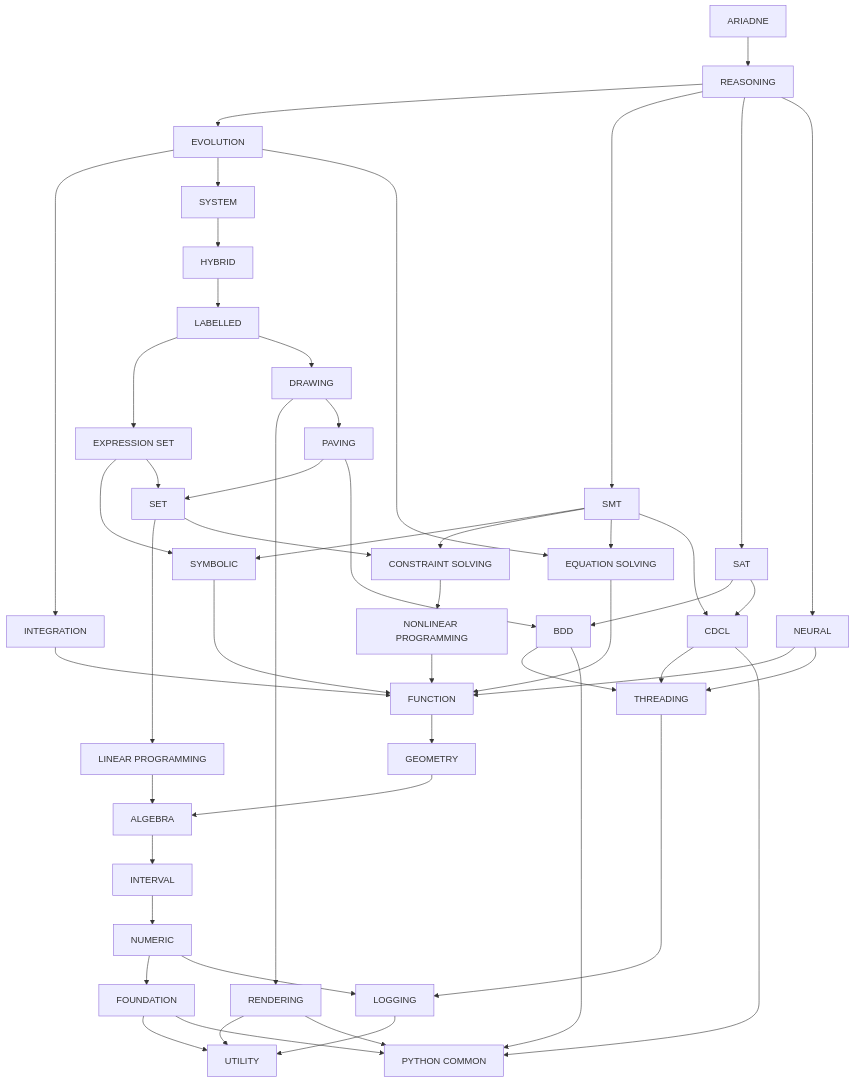
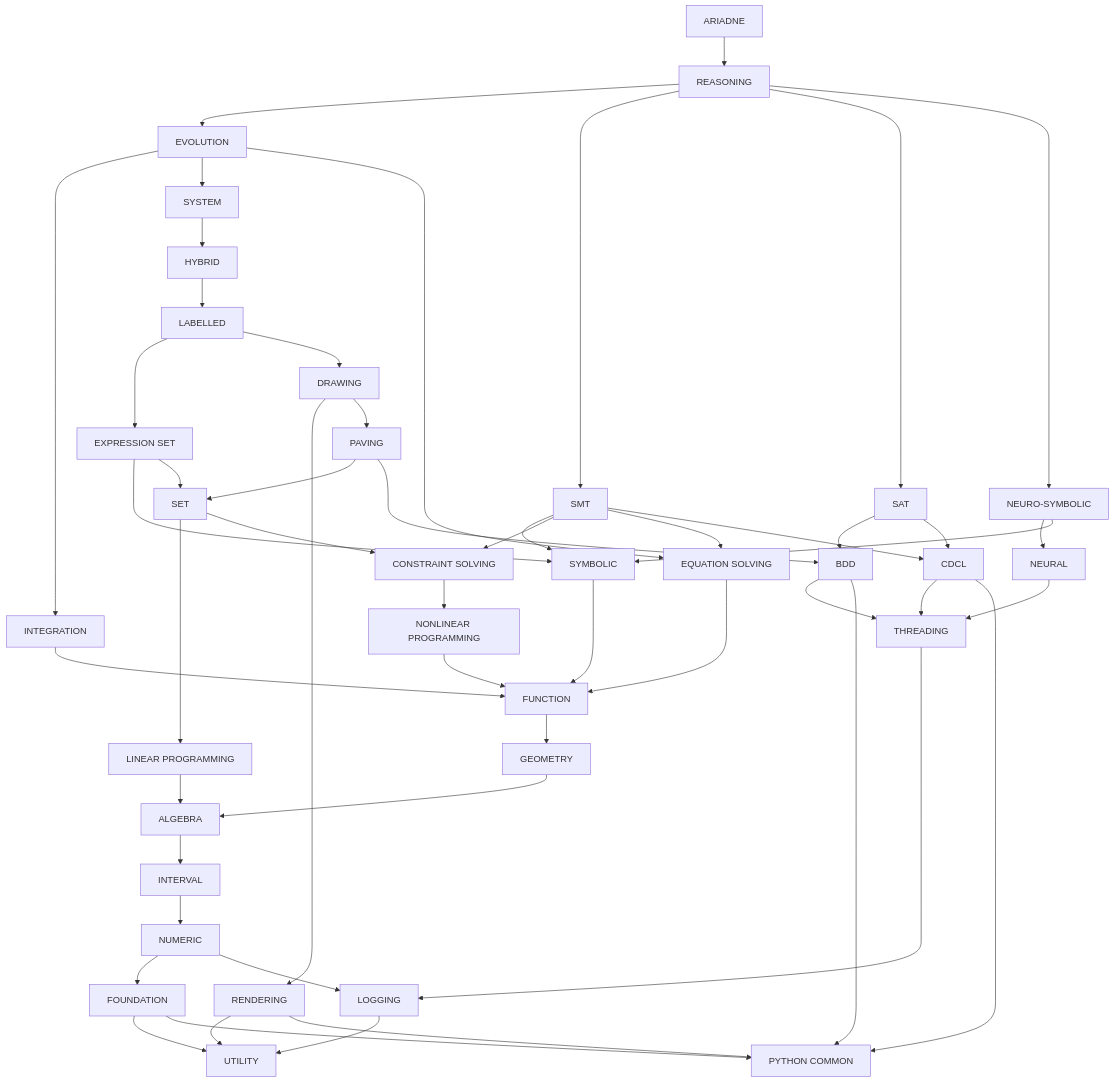
One commit to ariadne-cps/ariadne changed the diagram in doc/structure.md. Above: the diagram before and after it, drawn with Mermaid. The commit also changed other lines of this file, not shown here.

Commit message:
docs: split neural and neuro-symbolic dependencies

```diff
--- a/doc/structure.md
+++ b/doc/structure.md
@@ -6,6 +6,7 @@
 graph TD
     ariadne["ARIADNE"]
     reasoning["REASONING"]
+    neuro_symbolic["NEURO-SYMBOLIC"]
     neural["NEURAL"]
     evolution["EVOLUTION"]
     integration["INTEGRATION"]
@@ -41,8 +42,9 @@
     reasoning --> evolution
     reasoning --> smt
     reasoning --> sat
-    reasoning --> neural
-    neural --> function
+    reasoning --> neuro_symbolic
+    neuro_symbolic --> neural
+    neuro_symbolic --> symbolic
     neural --> threading
     evolution --> integration
     evolution --> system
```
